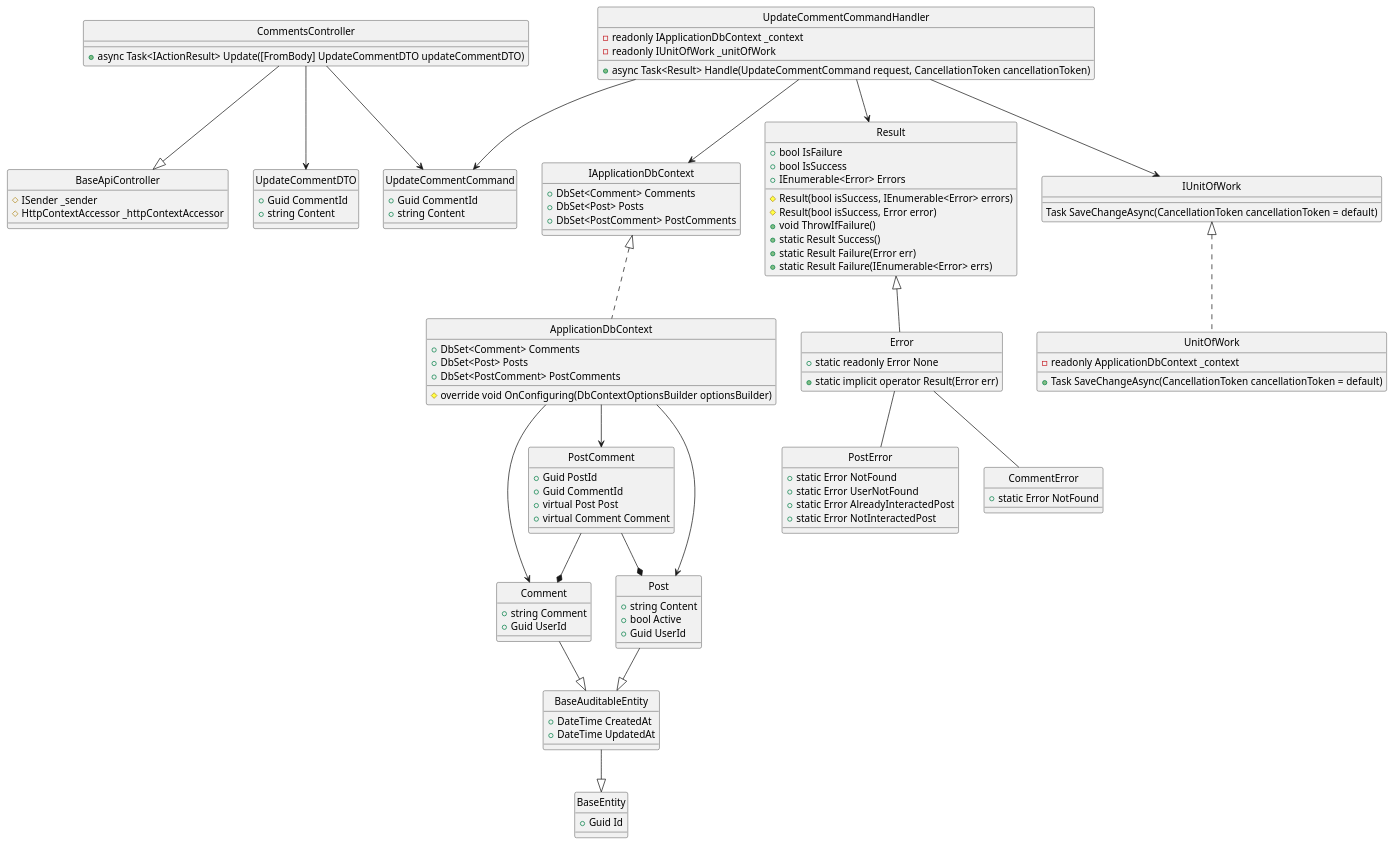
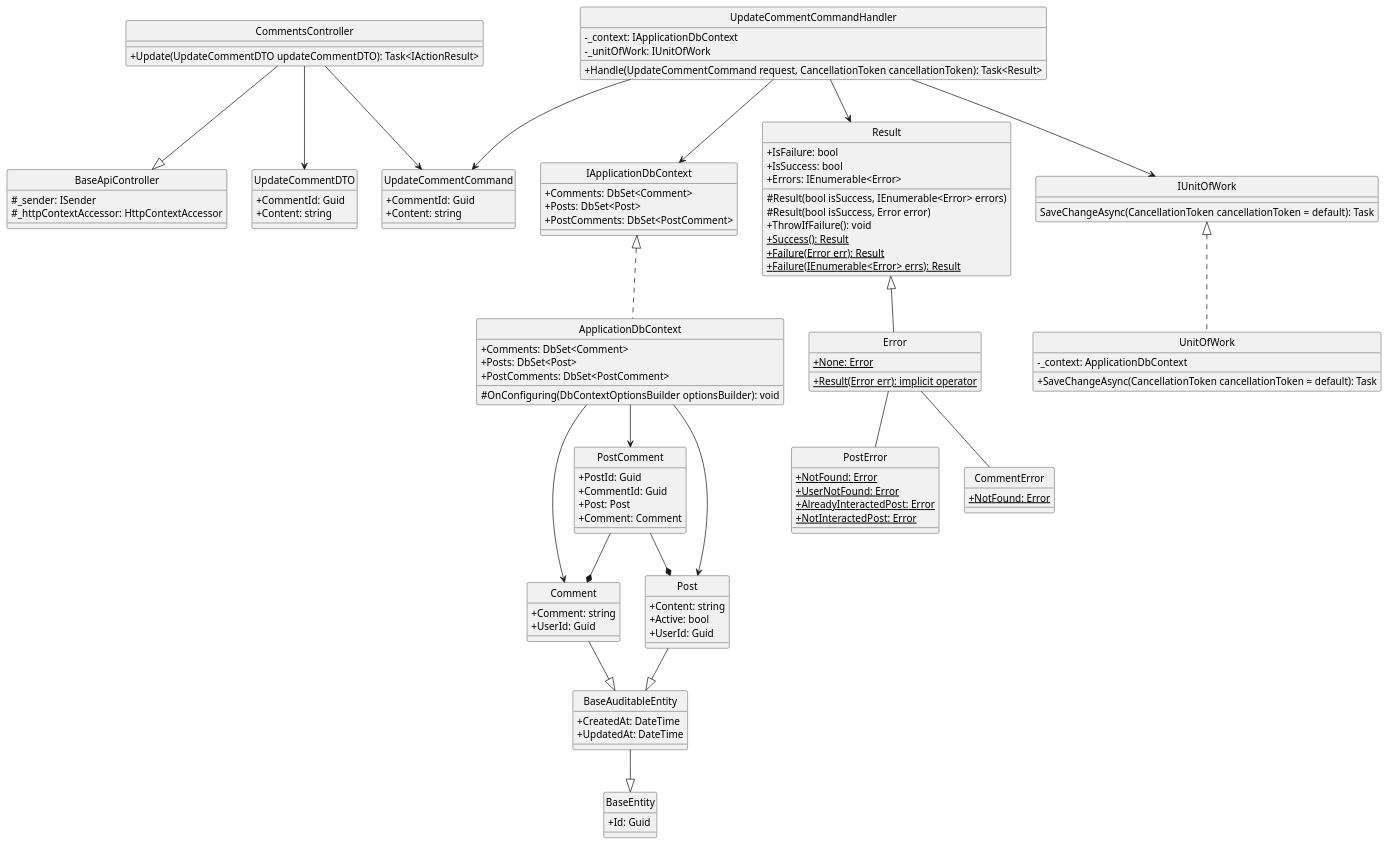
The diagram in docs/Class Diagram/Post/Comment/UpdateComment/ClassDiagram.plantuml (Carl-Johnsons/Chat-Application), drawn with PlantUML before and after one commit. The commit also changed 21 other files, not shown here.

```diff
--- a/docs/Class Diagram/Post/Comment/UpdateComment/ClassDiagram.plantuml
+++ b/docs/Class Diagram/Post/Comment/UpdateComment/ClassDiagram.plantuml
@@ -1,126 +1,132 @@
 @startuml 
 hide circle
+skinparam classAttributeIconSize 0
 
 class BaseApiController {
-    #ISender _sender
-    #HttpContextAccessor _httpContextAccessor
+    #_sender: ISender 
+    #_httpContextAccessor: HttpContextAccessor 
 }
 
 class CommentsController {
-    +async Task<IActionResult> Update([FromBody] UpdateCommentDTO updateCommentDTO)
+    +Update(UpdateCommentDTO updateCommentDTO): Task<IActionResult>
 }
 
 class UpdateCommentCommand {
-    +Guid CommentId
-    +string Content
+    +CommentId: Guid 
+    +Content: string
 }
 
 class UpdateCommentCommandHandler {
-    -readonly IApplicationDbContext _context
-    -readonly IUnitOfWork _unitOfWork
-    +async Task<Result> Handle(UpdateCommentCommand request, CancellationToken cancellationToken)
+    -_context: IApplicationDbContext
+    -_unitOfWork: IUnitOfWork 
+    +Handle(UpdateCommentCommand request, CancellationToken cancellationToken): Task<Result>
 }
 
 class IApplicationDbContext {
-    +DbSet<Comment> Comments
-    +DbSet<Post> Posts
-    +DbSet<PostComment> PostComments
+    +Comments: DbSet<Comment> 
+    +Posts: DbSet<Post> 
+    +PostComments: DbSet<PostComment> 
 }
 
 class ApplicationDbContext {
-    +DbSet<Comment> Comments
-    +DbSet<Post> Posts
-    +DbSet<PostComment> PostComments
-    #override void OnConfiguring(DbContextOptionsBuilder optionsBuilder)
+    +Comments: DbSet<Comment> 
+    +Posts: DbSet<Post> 
+    +PostComments: DbSet<PostComment> 
+    #OnConfiguring(DbContextOptionsBuilder optionsBuilder): void 
 }
 
 class Result {
-    +bool IsFailure
-    +bool IsSuccess
-    +IEnumerable<Error> Errors
+    +IsFailure: bool 
+    +IsSuccess: bool 
+    +Errors: IEnumerable<Error>
     #Result(bool isSuccess, IEnumerable<Error> errors)
     #Result(bool isSuccess, Error error)
-    +void ThrowIfFailure()
-    +static Result Success()
-    +static Result Failure(Error err)
-    +static Result Failure(IEnumerable<Error> errs)
+    +ThrowIfFailure(): void 
+    +{static} Success(): Result 
+    +{static} Failure(Error err): Result
+    +{static} Failure(IEnumerable<Error> errs): Result
 }
 
 class Error {
-    +static readonly Error None
-    +static implicit operator Result(Error err)
+    +{static} None: Error
+    +{static} Result(Error err): implicit operator
 }
 
 class IUnitOfWork {
-    Task SaveChangeAsync(CancellationToken cancellationToken = default)
+    SaveChangeAsync(CancellationToken cancellationToken = default): Task
 }
 
 class UnitOfWork {
-    -readonly ApplicationDbContext _context
-    +Task SaveChangeAsync(CancellationToken cancellationToken = default)
+    -_context: ApplicationDbContext
+    +SaveChangeAsync(CancellationToken cancellationToken = default): Task
 }
 
 class PostError {
-    +static Error NotFound
-    +static Error UserNotFound
-    +static Error AlreadyInteractedPost
-    +static Error NotInteractedPost
+    +{static} NotFound: Error
+    +{static} UserNotFound: Error
+    +{static} AlreadyInteractedPost: Error
+    +{static} NotInteractedPost: Error
 }
 
 class CommentError {
-    +static Error NotFound
+    +{static} NotFound: Error
 }
 
 class UpdateCommentDTO {
-    +Guid CommentId
-    +string Content
+    +CommentId: Guid
+    +Content: string
 }
 
 class BaseEntity {
-    +Guid Id
+    +Id: Guid
 }
 
 class BaseAuditableEntity{
-    +DateTime CreatedAt
-    +DateTime UpdatedAt
+    +CreatedAt: DateTime
+    +UpdatedAt: DateTime
 }
 
 class Comment {
-    +string Comment
-    +Guid UserId
+    +Comment: string
+    +UserId: Guid
 }
 
 class PostComment {
-    +Guid PostId
-    +Guid CommentId
-    +virtual Post Post
-    +virtual Comment Comment
+    +PostId: Guid
+    +CommentId: Guid
+    +Post: Post
+    +Comment: Comment
 }
 
 class Post {
-    +string Content
-    +bool Active
-    +Guid UserId
+    +Content: string
+    +Active: bool
+    +UserId: Guid
 }
 
+'==== Update Comment ====
+'API Layer
 CommentsController --|> BaseApiController
 CommentsController --> UpdateCommentCommand
 CommentsController --> UpdateCommentDTO
+'Application Layer
 UpdateCommentCommandHandler --> UpdateCommentCommand
 UpdateCommentCommandHandler --> Result
 UpdateCommentCommandHandler --> IUnitOfWork
 UpdateCommentCommandHandler --> IApplicationDbContext
-IUnitOfWork <|.. UnitOfWork
-IApplicationDbContext <|.. ApplicationDbContext
+'Domain Layer
 Result <|-- Error
 Error -- PostError
 Error -- CommentError
-ApplicationDbContext --> Comment
-ApplicationDbContext --> PostComment
-ApplicationDbContext --> Post
 Comment --|> BaseAuditableEntity
 Post --|> BaseAuditableEntity
 BaseAuditableEntity --|> BaseEntity
 PostComment --* Post
 PostComment --* Comment
+'Infrastructure Layer
+IUnitOfWork <|.. UnitOfWork
+IApplicationDbContext <|.. ApplicationDbContext
+ApplicationDbContext --> Comment
+ApplicationDbContext --> PostComment
+ApplicationDbContext --> Post
 @enduml
```
